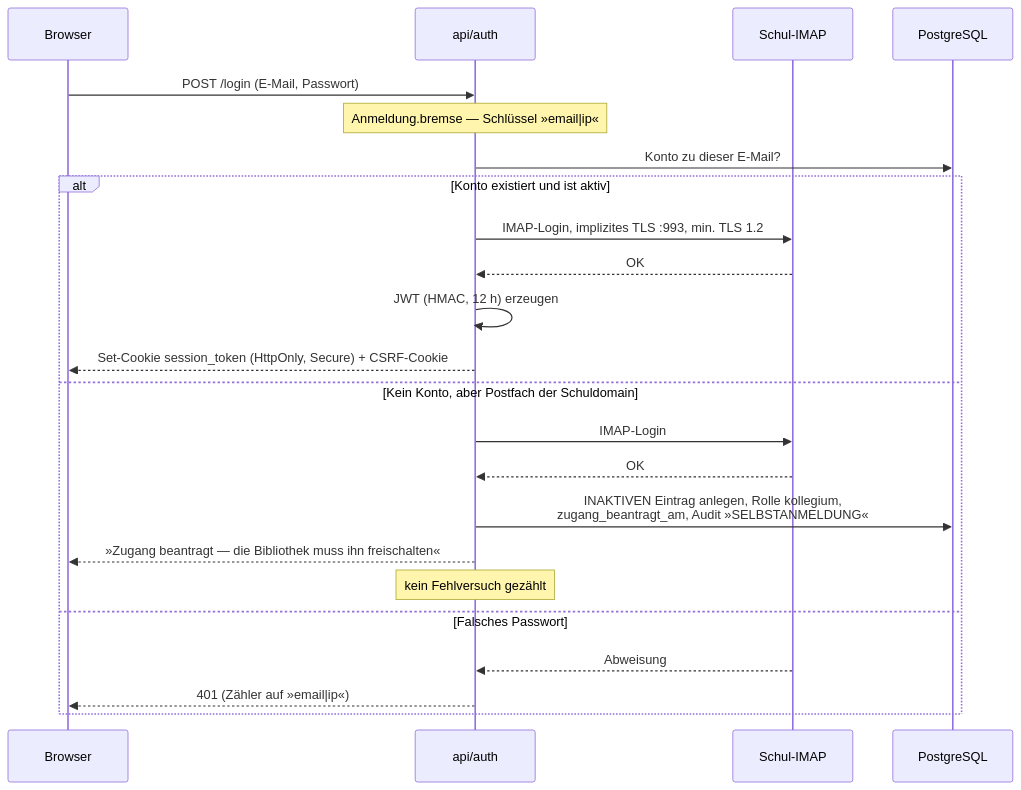
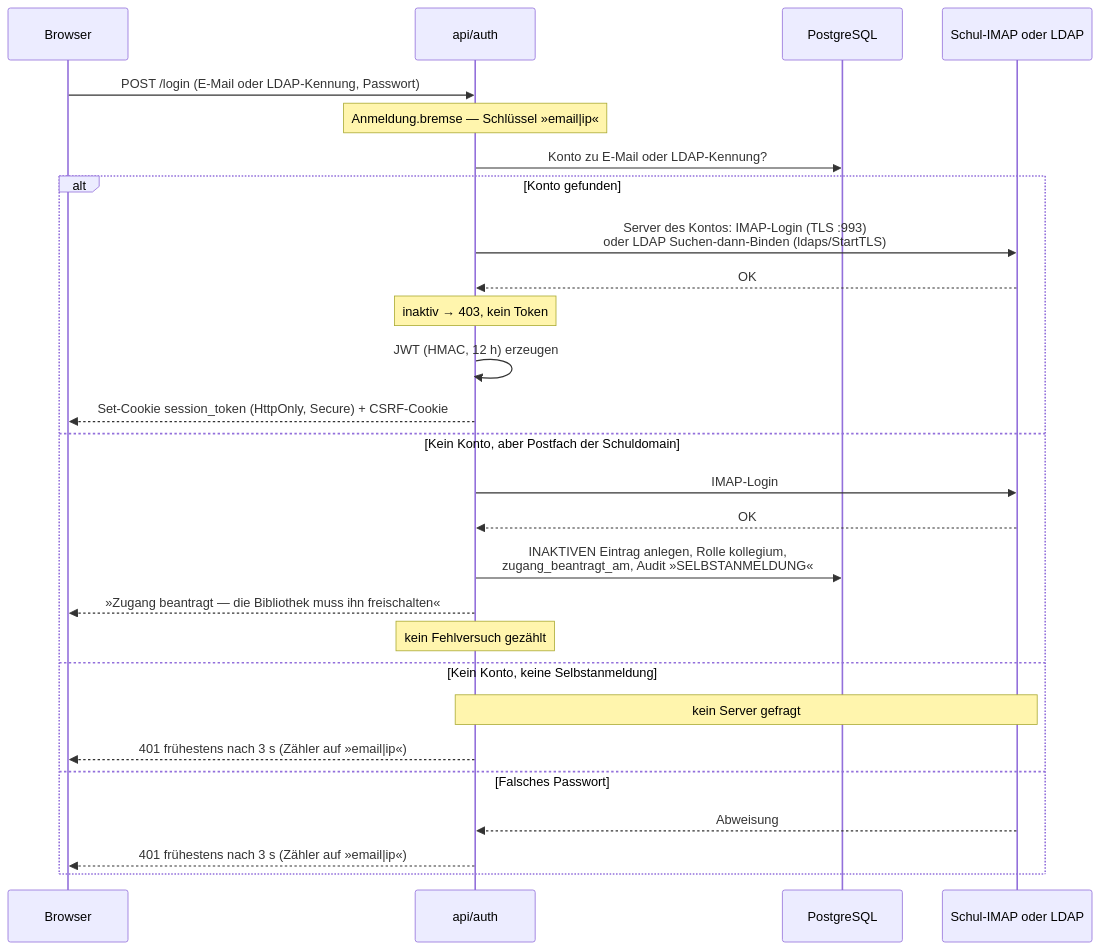
Before and after one commit to uuuxy/bibliothek: the second of 5 diagrams in docs/ARCHITEKTUR.md, drawn with Mermaid. The commit also changed other lines of this file and 71 other files, not shown here.

````diff
--- a/docs/ARCHITEKTUR.md
+++ b/docs/ARCHITEKTUR.md
@@ -1185,26 +1185,30 @@
 ```mermaid
 sequenceDiagram
     participant B as Browser
     participant A as api/auth
-    participant I as Schul-IMAP
     participant DB as PostgreSQL
+    participant S as Schul-IMAP oder LDAP
 
-    B->>A: POST /login (E-Mail, Passwort)
+    B->>A: POST /login (E-Mail oder LDAP-Kennung, Passwort)
     Note over A: Anmeldung.bremse — Schlüssel »email|ip«
-    A->>DB: Konto zu dieser E-Mail?
-    alt Konto existiert und ist aktiv
-        A->>I: IMAP-Login, implizites TLS :993, min. TLS 1.2
-        I-->>A: OK
+    A->>DB: Konto zu E-Mail oder LDAP-Kennung?
+    alt Konto gefunden
+        A->>S: Server des Kontos: IMAP-Login (TLS :993)<br/>oder LDAP Suchen-dann-Binden (ldaps/StartTLS)
+        S-->>A: OK
+        Note over A: inaktiv → 403, kein Token
         A->>A: JWT (HMAC, 12 h) erzeugen
         A-->>B: Set-Cookie session_token (HttpOnly, Secure) + CSRF-Cookie
     else Kein Konto, aber Postfach der Schuldomain
-        A->>I: IMAP-Login
-        I-->>A: OK
+        A->>S: IMAP-Login
+        S-->>A: OK
         A->>DB: INAKTIVEN Eintrag anlegen, Rolle kollegium,<br/>zugang_beantragt_am, Audit »SELBSTANMELDUNG«
         A-->>B: »Zugang beantragt — die Bibliothek muss ihn freischalten«
         Note over A: kein Fehlversuch gezählt
+    else Kein Konto, keine Selbstanmeldung
+        Note over A,S: kein Server gefragt
+        A-->>B: 401 frühestens nach 3 s (Zähler auf »email|ip«)
     else Falsches Passwort
-        I-->>A: Abweisung
-        A-->>B: 401 (Zähler auf »email|ip«)
+        S-->>A: Abweisung
+        A-->>B: 401 frühestens nach 3 s (Zähler auf »email|ip«)
     end
 ```
````
